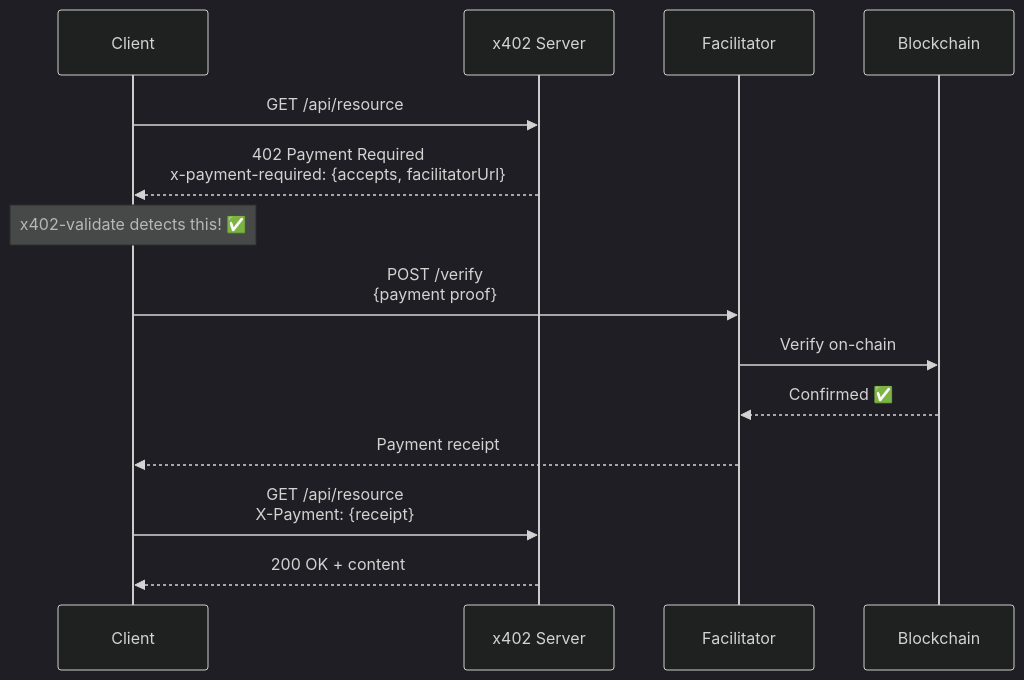
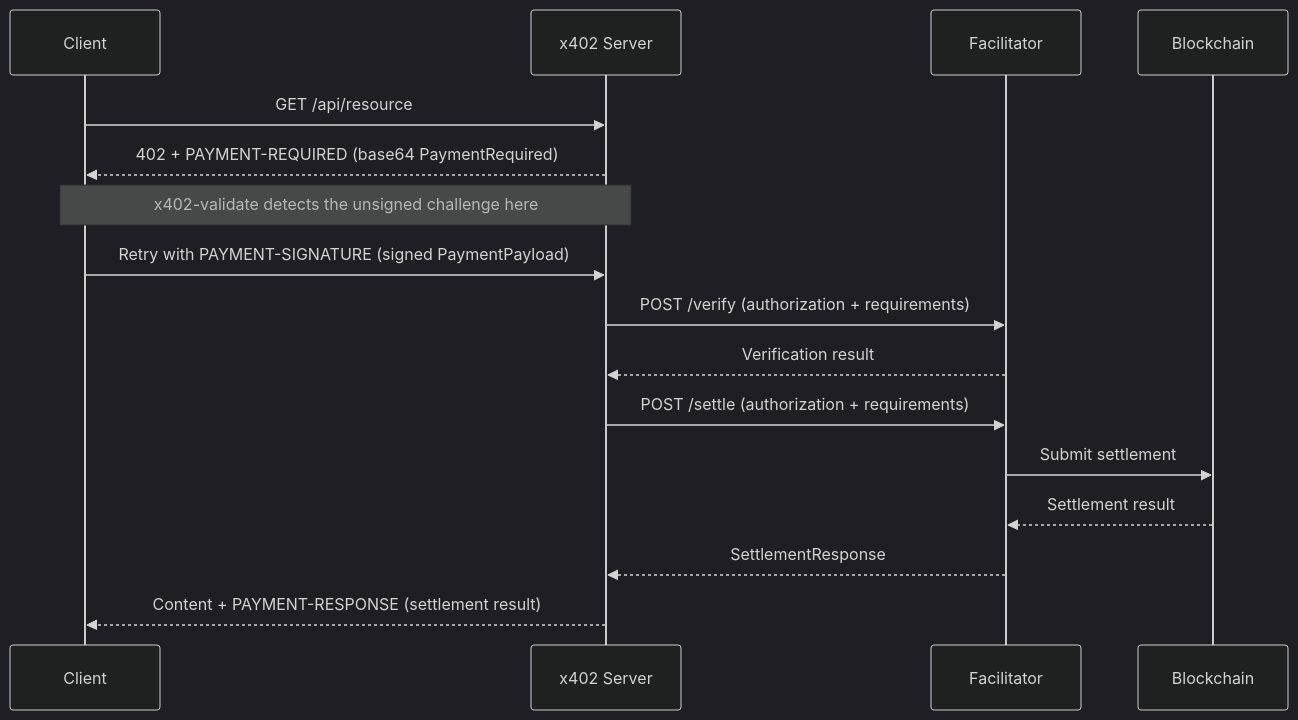
Before and after one commit to suryast/x402-check: the second of 4 diagrams in README.md, drawn with Mermaid (dark theme). The commit also changed other lines of this file and 37 other files, not shown here.

````diff
--- a/README.md
+++ b/README.md
@@ -51,19 +55,19 @@
 ```mermaid
 sequenceDiagram
     participant C as Client
     participant S as x402 Server
     participant F as Facilitator
     participant B as Blockchain
 
     C->>S: GET /api/resource
-    S-->>C: 402 Payment Required<br/>x-payment-required: {accepts, facilitatorUrl}
-    
-    Note over C: x402-validate detects this! ✅
-    
-    C->>F: POST /verify<br/>{payment proof}
-    F->>B: Verify on-chain
-    B-->>F: Confirmed ✅
-    F-->>C: Payment receipt
-    C->>S: GET /api/resource<br/>X-Payment: {receipt}
-    S-->>C: 200 OK + content
+    S-->>C: 402 + PAYMENT-REQUIRED (base64 PaymentRequired)
+    Note over C,S: x402-validate detects the unsigned challenge here
+    C->>S: Retry with PAYMENT-SIGNATURE (signed PaymentPayload)
+    S->>F: POST /verify (authorization + requirements)
+    F-->>S: Verification result
+    S->>F: POST /settle (authorization + requirements)
+    F->>B: Submit settlement
+    B-->>F: Settlement result
+    F-->>S: SettlementResponse
+    S-->>C: Content + PAYMENT-RESPONSE (settlement result)
 ```
````
